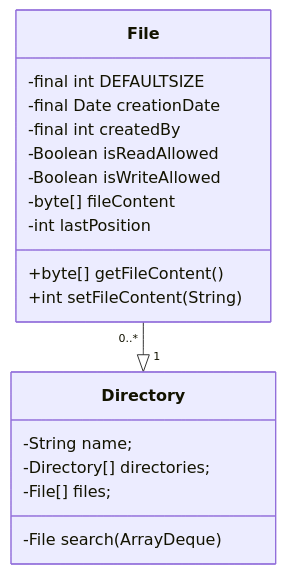
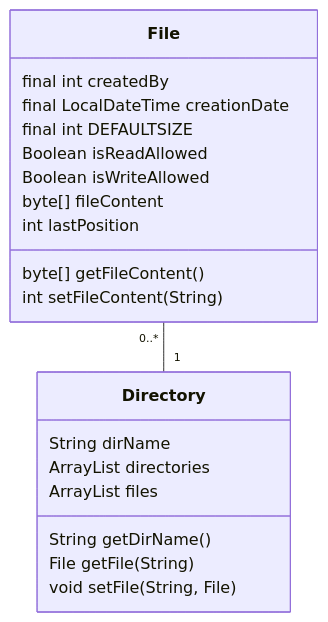
The first of 2 diagrams in design/class.md (kaitokimuraofficial/distributed-file-systems), drawn with Mermaid before and after one commit. The commit also changed other lines of this file and 2 other files, not shown here.

Commit message:
rename 'Executer' to 'Handler'

````diff
--- a/design/class.md
+++ b/design/class.md
@@ -1,28 +1,30 @@
 ```mermaid
 classDiagram
-  File "0..*" --|> "1" Directory
+  File "0..*" -- "1" Directory
 
   class File{
-    -final int DEFAULTSIZE
-    -final Date creationDate
-    -final int createdBy
+    final int createdBy
+    final LocalDateTime creationDate
+    final int DEFAULTSIZE
 
-    -Boolean isReadAllowed
-    -Boolean isWriteAllowed
+    Boolean isReadAllowed
+    Boolean isWriteAllowed
 
-    -byte[] fileContent
-    -int lastPosition
+    byte[] fileContent
+    int lastPosition
 
-    +byte[] getFileContent()
-    +int setFileContent(String)
+    byte[] getFileContent()
+    int setFileContent(String)
   }
 
   class Directory{
-    -String name;
-    -Directory[] directories;
-    -File[] files;
+    String dirName
+    ArrayList<Directory> directories
+    ArrayList<File> files
 
-    -File search(ArrayDeque<String>)
+    String getDirName()
+    File getFile(String)
+    void setFile(String, File)
   }
 
 ```
````
